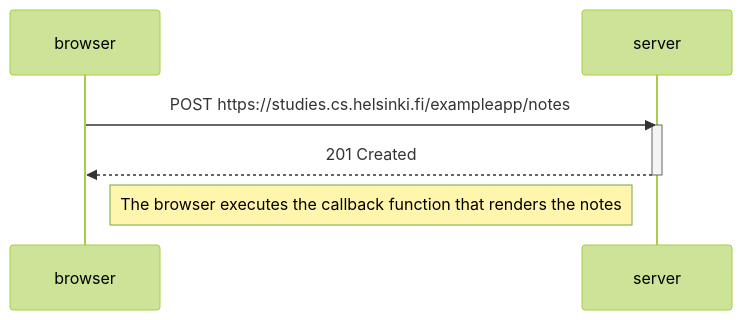
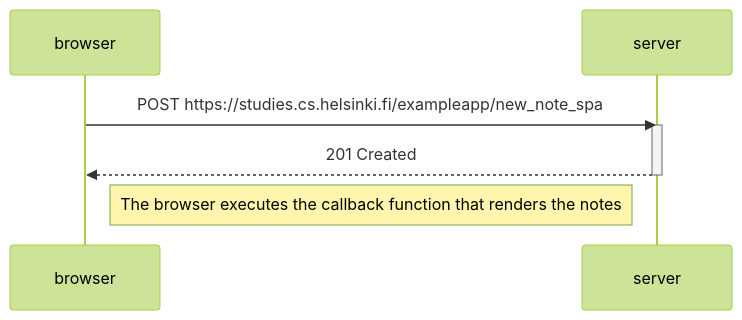
The diagram in part0/ex6.md (maurocastermans/fullstackopen), drawn with Mermaid (forest theme) before and after one commit.

Commit message:
small mistake

````diff
--- a/part0/ex6.md
+++ b/part0/ex6.md
@@ -1,14 +1,14 @@
 ```mermaid
 
 sequenceDiagram
     participant browser
     participant server
 
-    browser->>server: POST https://studies.cs.helsinki.fi/exampleapp/notes
+    browser->>server: POST https://studies.cs.helsinki.fi/exampleapp/new_note_spa
     activate server
     server-->>browser: 201 Created
     deactivate server
 
     Note right of browser: The browser executes the callback function that renders the notes
 
 ```
````
